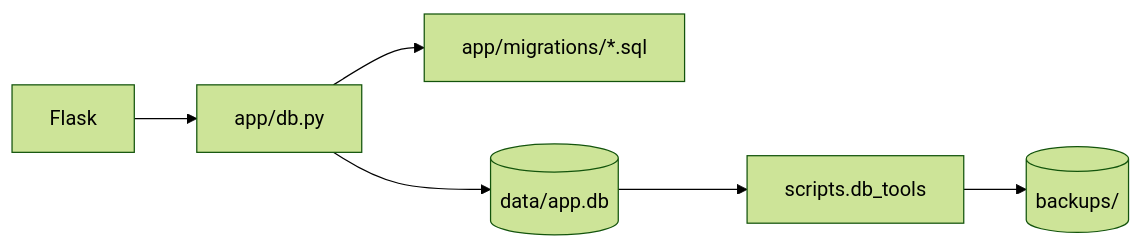
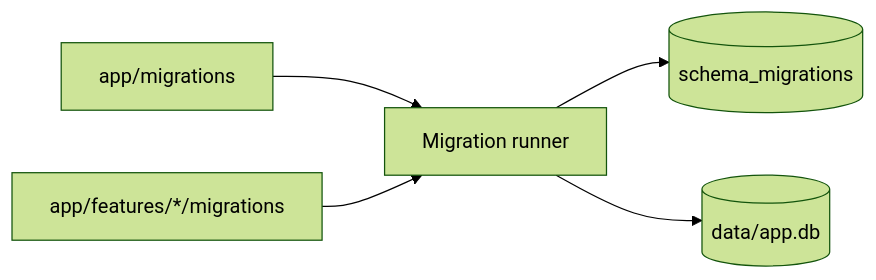
Before and after one commit to k-systems202208/python-sqlite-tailscale-webapp-template: the first of 3 diagrams in docs/SQLITE-SETUP.md, drawn with Mermaid (forest theme). The commit also changed other lines of this file and 26 other files, not shown here.

````diff
--- a/docs/SQLITE-SETUP.md
+++ b/docs/SQLITE-SETUP.md
@@ -7,8 +7,7 @@
 ```mermaid
 flowchart LR
-    F["Flask"] --> D["app/db.py"]
-    D --> M["app/migrations/*.sql"]
-    D --> DB[("data/app.db")]
-    DB --> B["scripts.db_tools"]
-    B --> BK[("backups/")]
+    C["app/migrations"] --> R["Migration runner"]
+    F["app/features/*/migrations"] --> R
+    R --> M[("schema_migrations")]
+    R --> D[("data/app.db")]
 ```
````
